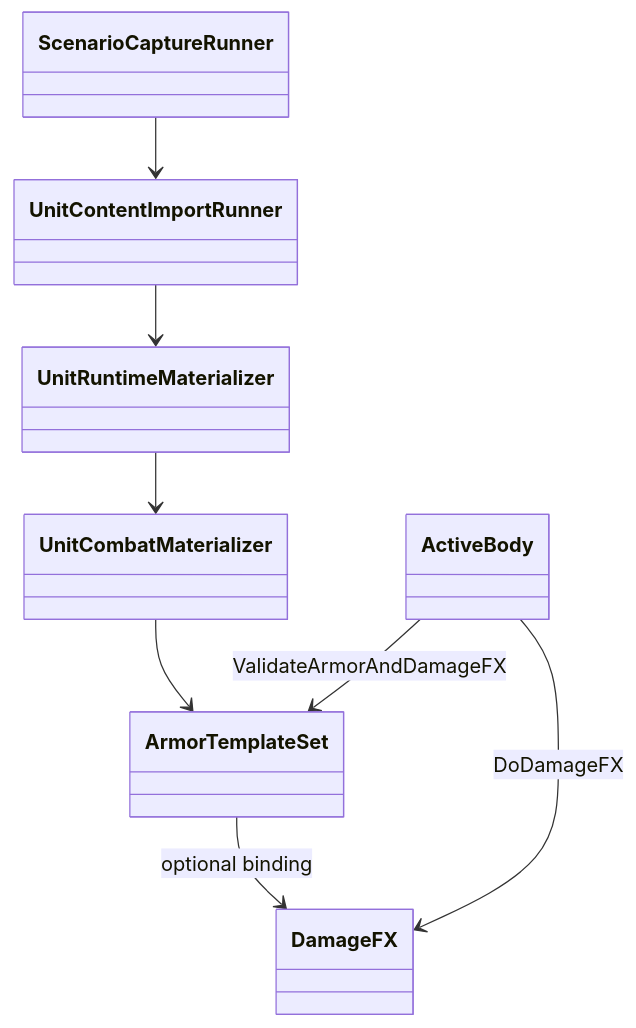
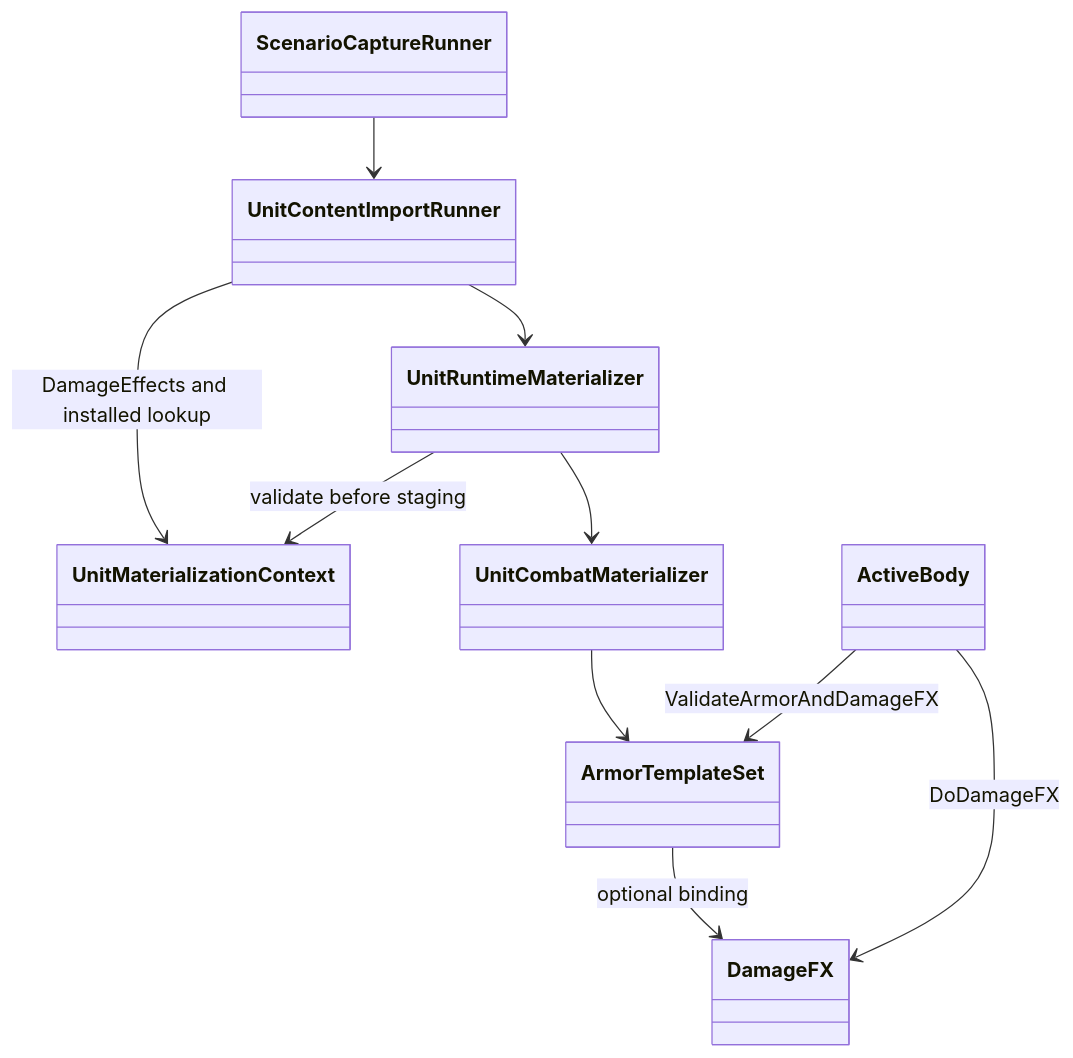
One commit to rmessinger/Panopticon changed the first of 4 diagrams in docs/roadmap/deep-dives/x1-imported-unit-hit-feedback.md. Above: the diagram before and after it, drawn with Mermaid. The commit also changed other lines of this file and 38 other files, not shown here.

````diff
--- a/docs/roadmap/deep-dives/x1-imported-unit-hit-feedback.md
+++ b/docs/roadmap/deep-dives/x1-imported-unit-hit-feedback.md
@@ -22,10 +24,12 @@
 ```mermaid
 classDiagram
   UnitContentImportRunner --> UnitRuntimeMaterializer
+  UnitContentImportRunner --> UnitMaterializationContext : DamageEffects and installed lookup
+  UnitRuntimeMaterializer --> UnitMaterializationContext : validate before staging
   UnitRuntimeMaterializer --> UnitCombatMaterializer
   UnitCombatMaterializer --> ArmorTemplateSet
   ArmorTemplateSet --> DamageFX : optional binding
   ActiveBody --> ArmorTemplateSet : ValidateArmorAndDamageFX
   ActiveBody --> DamageFX : DoDamageFX
   ScenarioCaptureRunner --> UnitContentImportRunner
 ```
````
